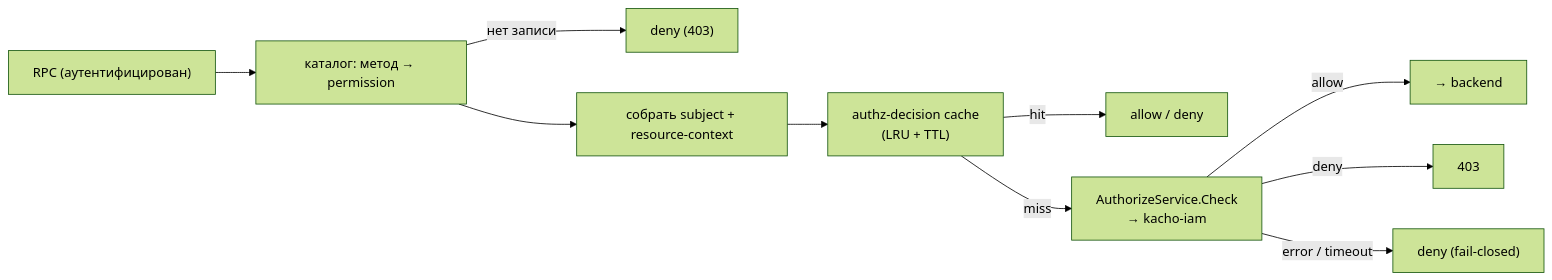
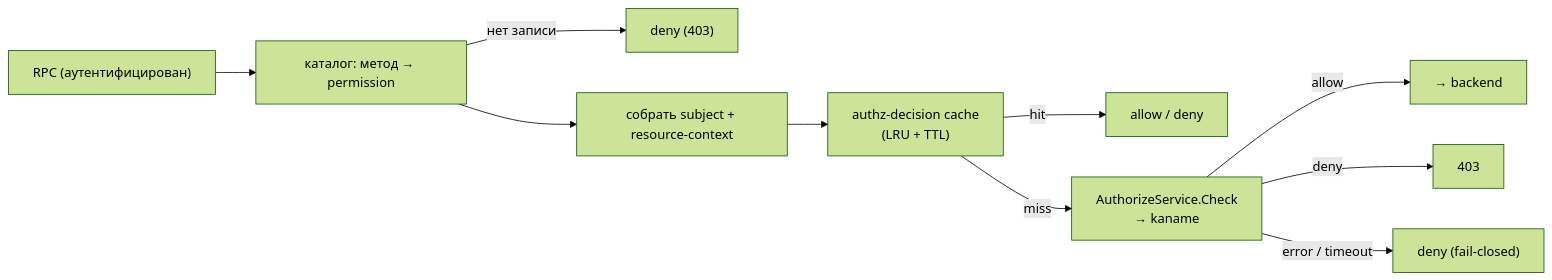
One commit to PRO-Robotech/kacho changed the diagram in gateway/docs/content/architecture/authz.mdx. Above: the diagram before and after it, drawn with Mermaid (forest theme). The commit also changed other lines of this file and 5005 other files, not shown here.

````diff
--- a/gateway/docs/content/architecture/authz.mdx
+++ b/gateway/docs/content/architecture/authz.mdx
@@ -46,12 +46,12 @@
 ```mermaid
 flowchart LR
   req["RPC (аутентифицирован)"] --> map["каталог: метод → permission"]
   map -->|"нет записи"| deny1["deny (403)"]
   map --> subj["собрать subject + resource-context"]
   subj --> cache["authz-decision cache<br/>(LRU + TTL)"]
   cache -->|"hit"| dec["allow / deny"]
-  cache -->|"miss"| check["AuthorizeService.Check<br/>→ kacho-iam"]
+  cache -->|"miss"| check["AuthorizeService.Check<br/>→ kaname"]
   check -->|"allow"| pass["→ backend"]
   check -->|"deny"| deny2["403"]
   check -->|"error / timeout"| deny3["deny (fail-closed)"]
 ```
````
